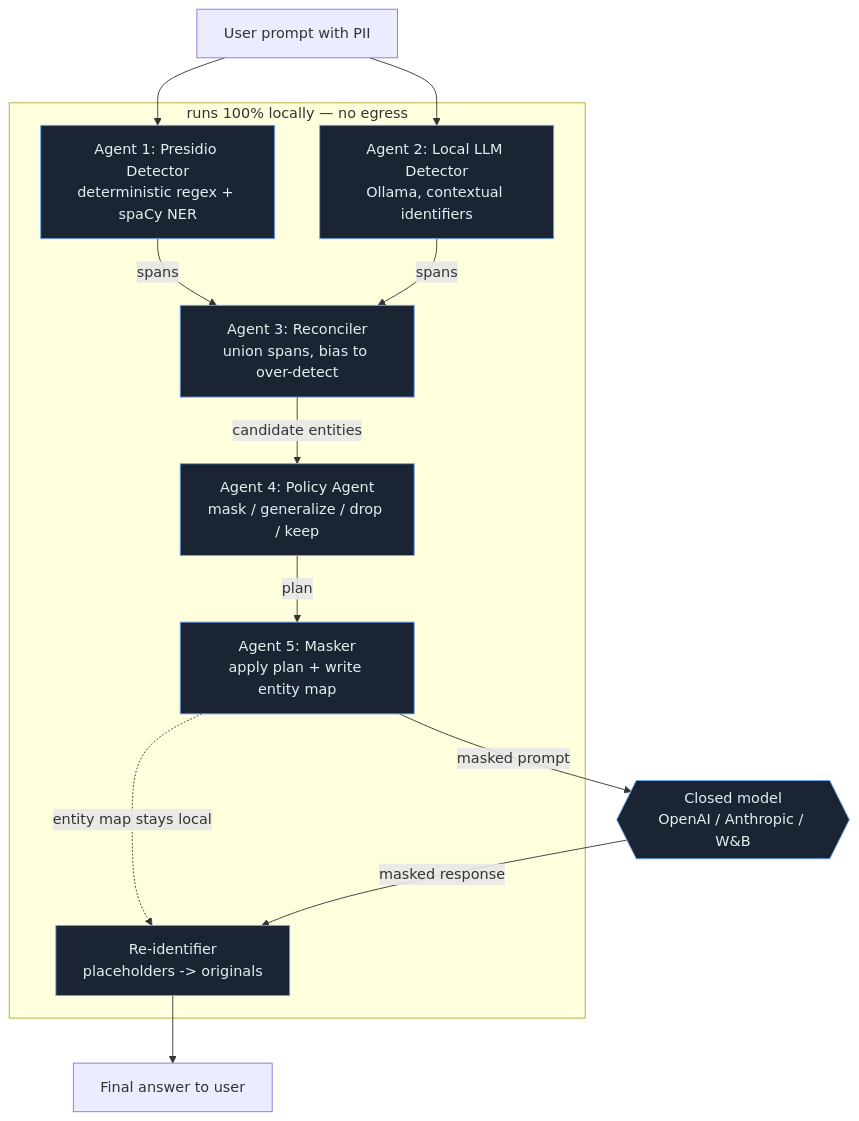
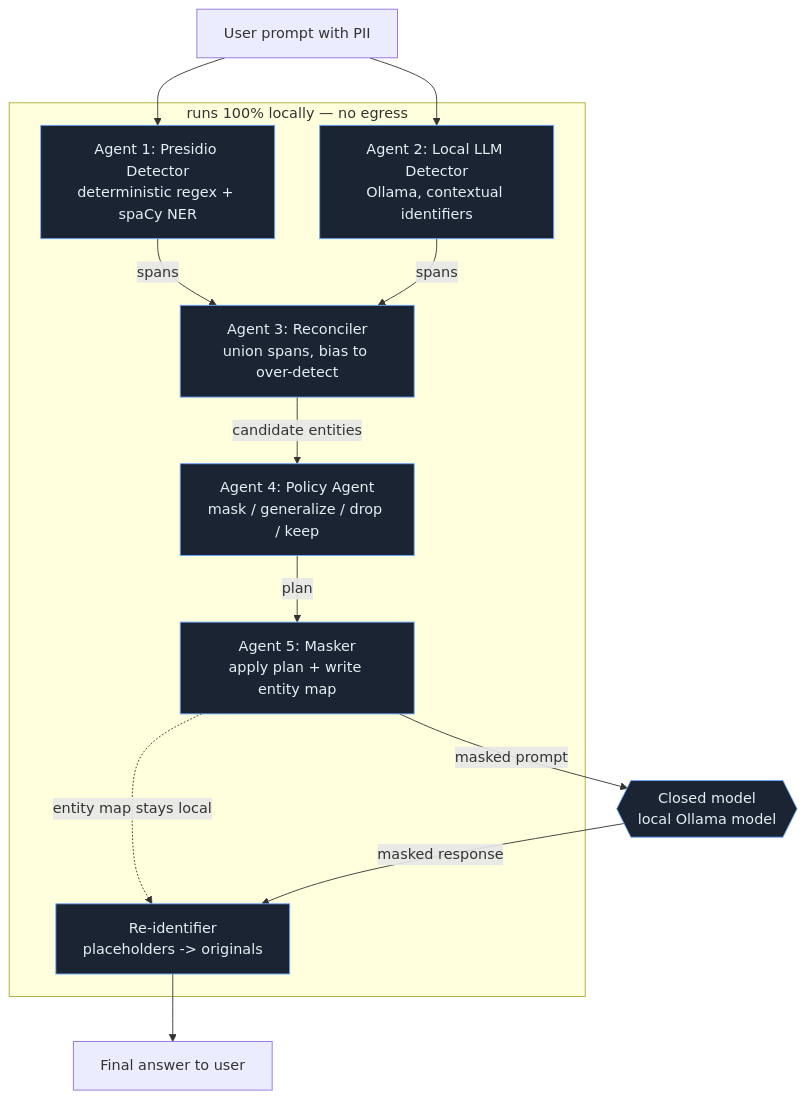
The diagram in README.md (dballard10/CloseAI), drawn with Mermaid before and after one commit. The commit also changed other lines of this file and 14 other files, not shown here.

````diff
--- a/README.md
+++ b/README.md
@@ -21,25 +21,25 @@
 ```mermaid
 flowchart TD
     U[User prompt with PII] --> P[Agent 1: Presidio Detector<br/>deterministic regex + spaCy NER]
     U --> L[Agent 2: Local LLM Detector<br/>Ollama, contextual identifiers]
     P -->|spans| R[Agent 3: Reconciler<br/>union spans, bias to over-detect]
     L -->|spans| R
     R -->|candidate entities| PO[Agent 4: Policy Agent<br/>mask / generalize / drop / keep]
     PO -->|plan| M[Agent 5: Masker<br/>apply plan + write entity map]
-    M -->|masked prompt| C{{Closed model<br/>OpenAI / Anthropic / W&B}}
+    M -->|masked prompt| C{{Closed model<br/>local Ollama model}}
     M -. entity map stays local .-> RID
     C -->|masked response| RID[Re-identifier<br/>placeholders -> originals]
     RID --> OUT[Final answer to user]
 
     subgraph local [" runs 100% locally — no egress "]
         P
         L
         R
         PO
         M
         RID
     end
 
     classDef trace fill:#1a2433,stroke:#6ea8fe,color:#e6edf3;
     class P,L,R,PO,M,RID,C trace;
 ```
````
